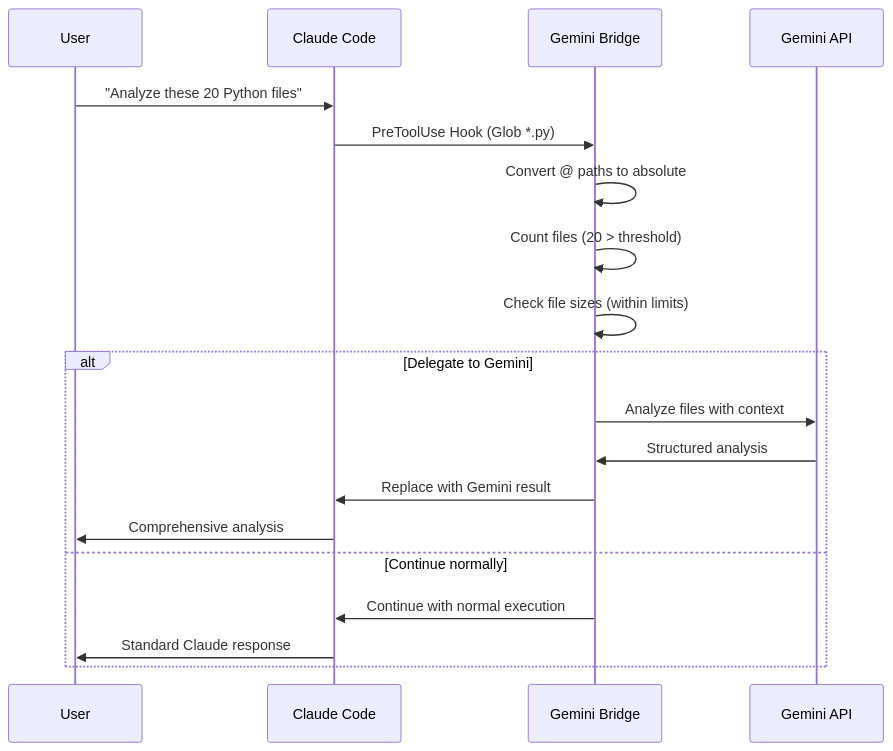
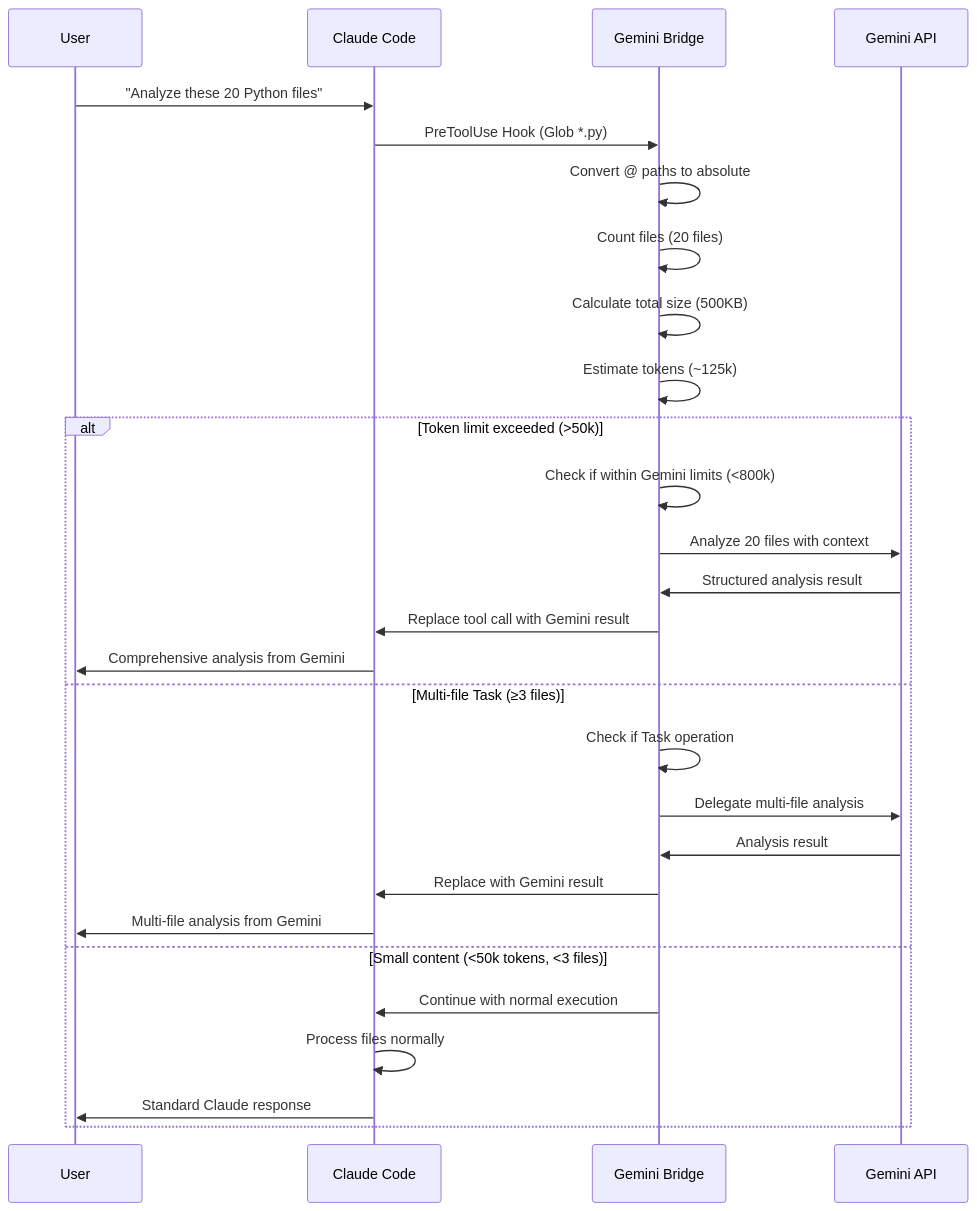
One commit to tkaufmann/claude-gemini-bridge changed the second of 7 diagrams in README.md. Above: the diagram before and after it, drawn with Mermaid. The commit also changed other lines of this file and 4 other files, not shown here.

````diff
--- a/README.md
+++ b/README.md
@@ -91,24 +91,33 @@
 ```mermaid
 sequenceDiagram
     participant User
     participant Claude as Claude Code
     participant Bridge as Gemini Bridge
     participant Gemini as Gemini API
     
     User->>Claude: "Analyze these 20 Python files"
     Claude->>Bridge: PreToolUse Hook (Glob *.py)
     
     Bridge->>Bridge: Convert @ paths to absolute
-    Bridge->>Bridge: Count files (20 > threshold)
-    Bridge->>Bridge: Check file sizes (within limits)
+    Bridge->>Bridge: Count files (20 files)
+    Bridge->>Bridge: Calculate total size (500KB)
+    Bridge->>Bridge: Estimate tokens (~125k)
     
-    alt Delegate to Gemini
-        Bridge->>Gemini: Analyze files with context
-        Gemini->>Bridge: Structured analysis
+    alt Token limit exceeded (>50k)
+        Bridge->>Bridge: Check if within Gemini limits (<800k)
+        Bridge->>Gemini: Analyze 20 files with context
+        Gemini->>Bridge: Structured analysis result
+        Bridge->>Claude: Replace tool call with Gemini result
+        Claude->>User: Comprehensive analysis from Gemini
+    else Multi-file Task (≥3 files)
+        Bridge->>Bridge: Check if Task operation
+        Bridge->>Gemini: Delegate multi-file analysis
+        Gemini->>Bridge: Analysis result
         Bridge->>Claude: Replace with Gemini result
-        Claude->>User: Comprehensive analysis
-    else Continue normally
+        Claude->>User: Multi-file analysis from Gemini
+    else Small content (<50k tokens, <3 files)
         Bridge->>Claude: Continue with normal execution
+        Claude->>Claude: Process files normally
         Claude->>User: Standard Claude response
     end
 ```
````
